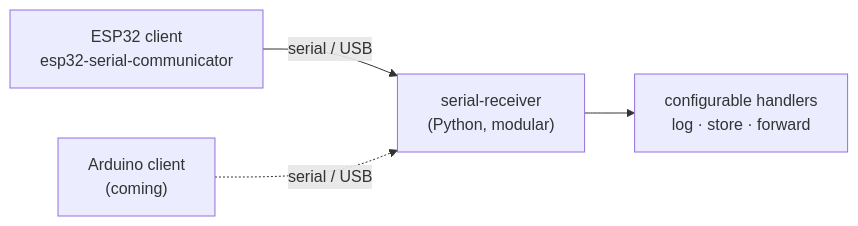
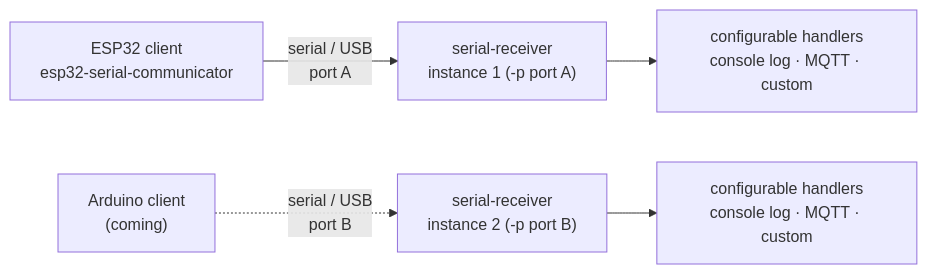
Before and after one commit to dipi-unimore/iot-embedded-serial-communication: the first of 5 diagrams in README.md, drawn with Mermaid. The commit also changed other lines of this file and 30 other files, not shown here.

Commit message:
MQTT Handler added in the receiver

````diff
--- a/README.md
+++ b/README.md
@@ -17,6 +17,7 @@
 ```mermaid
 flowchart LR
-    E["ESP32 client<br/>esp32-serial-communicator"] -- "serial / USB" --> R["serial-receiver<br/>(Python, modular)"]
-    A["Arduino client<br/>(coming)"] -. "serial / USB" .-> R
-    R --> H["configurable handlers<br/>log · store · forward"]
+    E["ESP32 client<br/>esp32-serial-communicator"] -- "serial / USB<br/>port A" --> R1["serial-receiver<br/>instance 1 (-p port A)"]
+    A["Arduino client<br/>(coming)"] -. "serial / USB<br/>port B" .-> R2["serial-receiver<br/>instance 2 (-p port B)"]
+    R1 --> H1["configurable handlers<br/>console log · MQTT · custom"]
+    R2 --> H2["configurable handlers<br/>console log · MQTT · custom"]
 ```
````
